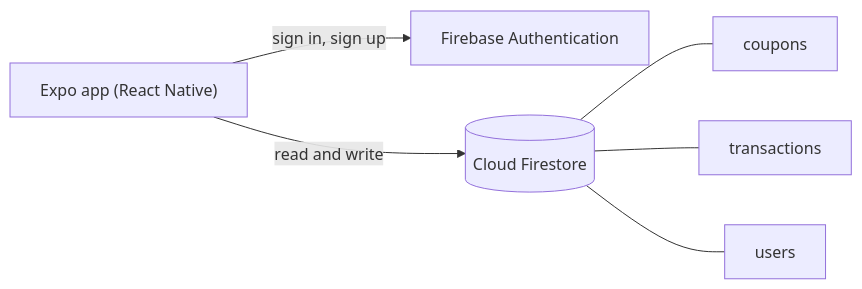
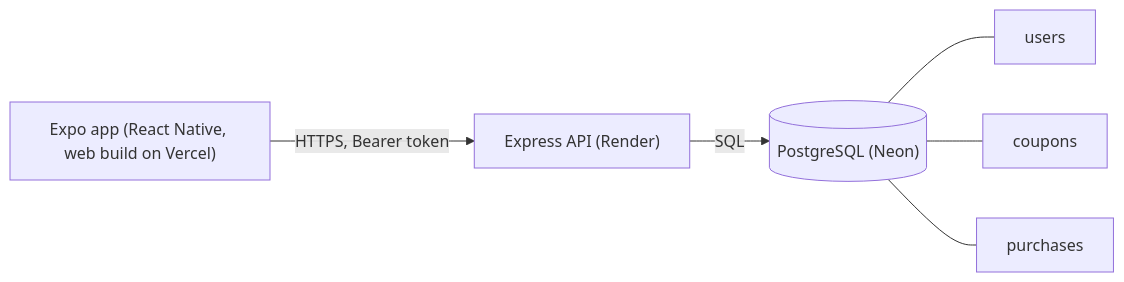
The first of 2 diagrams in README.md (A-RYAN-1/cash-your-coupons), drawn with Mermaid before and after one commit. The commit also changed other lines of this file, not shown here.

Commit message:
README: own API, Postgres, deploy and test evidence

````diff
--- a/README.md
+++ b/README.md
@@ -113,8 +115,8 @@
 ```mermaid
 flowchart LR
-    App["Expo app (React Native)"] -->|sign in, sign up| Auth["Firebase Authentication"]
-    App -->|read and write| FS[("Cloud Firestore")]
-    FS --- C["coupons"]
-    FS --- T["transactions"]
-    FS --- U["users"]
+    App["Expo app (React Native, web build on Vercel)"] -->|HTTPS, Bearer token| API["Express API (Render)"]
+    API -->|SQL| DB[("PostgreSQL (Neon)")]
+    DB --- U["users"]
+    DB --- C["coupons"]
+    DB --- P["purchases"]
 ```
````
